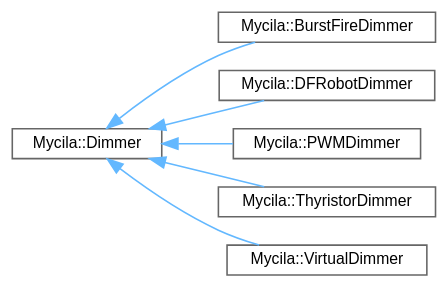
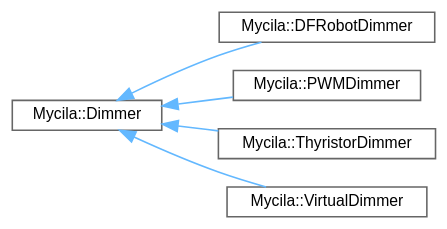
The diagram in docs/api/inherit_graph_3.dot (mathieucarbou/MycilaDimmer), drawn with Graphviz before and after one commit. The commit also changed 54 other files, not shown here.

```diff
--- a/docs/api/inherit_graph_3.dot
+++ b/docs/api/inherit_graph_3.dot
@@ -1,19 +1,17 @@
 digraph "Graphical Class Hierarchy"
 {
  // LATEX_PDF_SIZE
   bgcolor="transparent";
   edge [fontname=Helvetica,fontsize=10,labelfontname=Helvetica,labelfontsize=10];
   node [fontname=Helvetica,fontsize=10,shape=box,height=0.2,width=0.4];
   rankdir="LR";
   Node0 [id="Node000000",label="Mycila::Dimmer",height=0.2,width=0.4,color="grey40", fillcolor="white", style="filled",URL="$class_mycila_1_1_dimmer.html",tooltip=" "];
   Node0 -> Node1 [id="edge1_Node000000_Node000001",dir="back",color="steelblue1",style="solid",tooltip=" "];
-  Node1 [id="Node000001",label="Mycila::BurstFireDimmer",height=0.2,width=0.4,color="grey40", fillcolor="white", style="filled",URL="$class_mycila_1_1_burst_fire_dimmer.html",tooltip=" "];
+  Node1 [id="Node000001",label="Mycila::DFRobotDimmer",height=0.2,width=0.4,color="grey40", fillcolor="white", style="filled",URL="$class_mycila_1_1_d_f_robot_dimmer.html",tooltip="DFRobot DFR1071/DFR1073/DFR0971 I2C controlled 0-10V/0-5V dimmer implementation for voltage regulator..."];
   Node0 -> Node2 [id="edge2_Node000000_Node000002",dir="back",color="steelblue1",style="solid",tooltip=" "];
-  Node2 [id="Node000002",label="Mycila::DFRobotDimmer",height=0.2,width=0.4,color="grey40", fillcolor="white", style="filled",URL="$class_mycila_1_1_d_f_robot_dimmer.html",tooltip=" "];
+  Node2 [id="Node000002",label="Mycila::PWMDimmer",height=0.2,width=0.4,color="grey40", fillcolor="white", style="filled",URL="$class_mycila_1_1_p_w_m_dimmer.html",tooltip="PWM based dimmer implementation for voltage regulators controlled by a PWM signal to 0-10V analog con..."];
   Node0 -> Node3 [id="edge3_Node000000_Node000003",dir="back",color="steelblue1",style="solid",tooltip=" "];
-  Node3 [id="Node000003",label="Mycila::PWMDimmer",height=0.2,width=0.4,color="grey40", fillcolor="white", style="filled",URL="$class_mycila_1_1_p_w_m_dimmer.html",tooltip=" "];
+  Node3 [id="Node000003",label="Mycila::ThyristorDimmer",height=0.2,width=0.4,color="grey40", fillcolor="white", style="filled",URL="$class_mycila_1_1_thyristor_dimmer.html",tooltip="Thyristor (TRIAC) based dimmer implementation for TRIAC and Random SSR dimmers."];
   Node0 -> Node4 [id="edge4_Node000000_Node000004",dir="back",color="steelblue1",style="solid",tooltip=" "];
-  Node4 [id="Node000004",label="Mycila::ThyristorDimmer",height=0.2,width=0.4,color="grey40", fillcolor="white", style="filled",URL="$class_mycila_1_1_thyristor_dimmer.html",tooltip=" "];
-  Node0 -> Node5 [id="edge5_Node000000_Node000005",dir="back",color="steelblue1",style="solid",tooltip=" "];
-  Node5 [id="Node000005",label="Mycila::VirtualDimmer",height=0.2,width=0.4,color="grey40", fillcolor="white", style="filled",URL="$class_mycila_1_1_virtual_dimmer.html",tooltip=" "];
+  Node4 [id="Node000004",label="Mycila::VirtualDimmer",height=0.2,width=0.4,color="grey40", fillcolor="white", style="filled",URL="$class_mycila_1_1_virtual_dimmer.html",tooltip=" "];
 }
```
